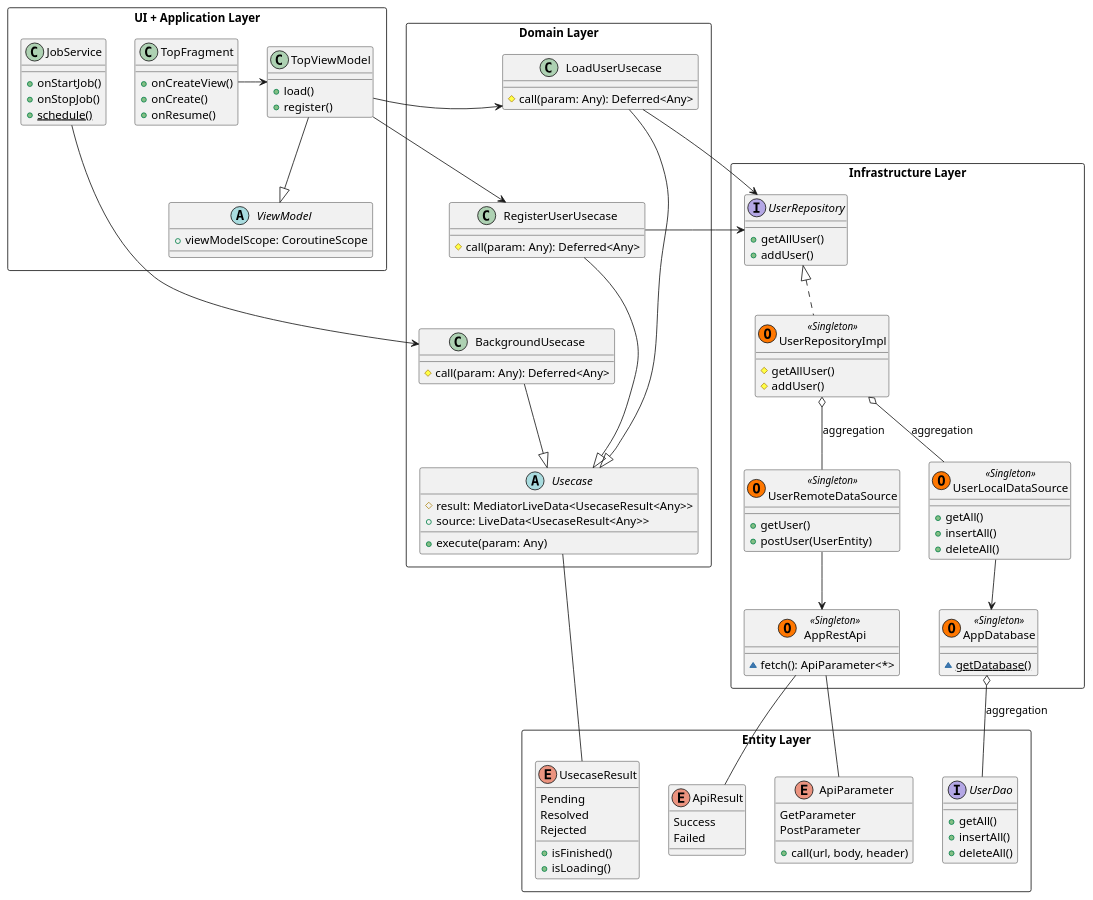
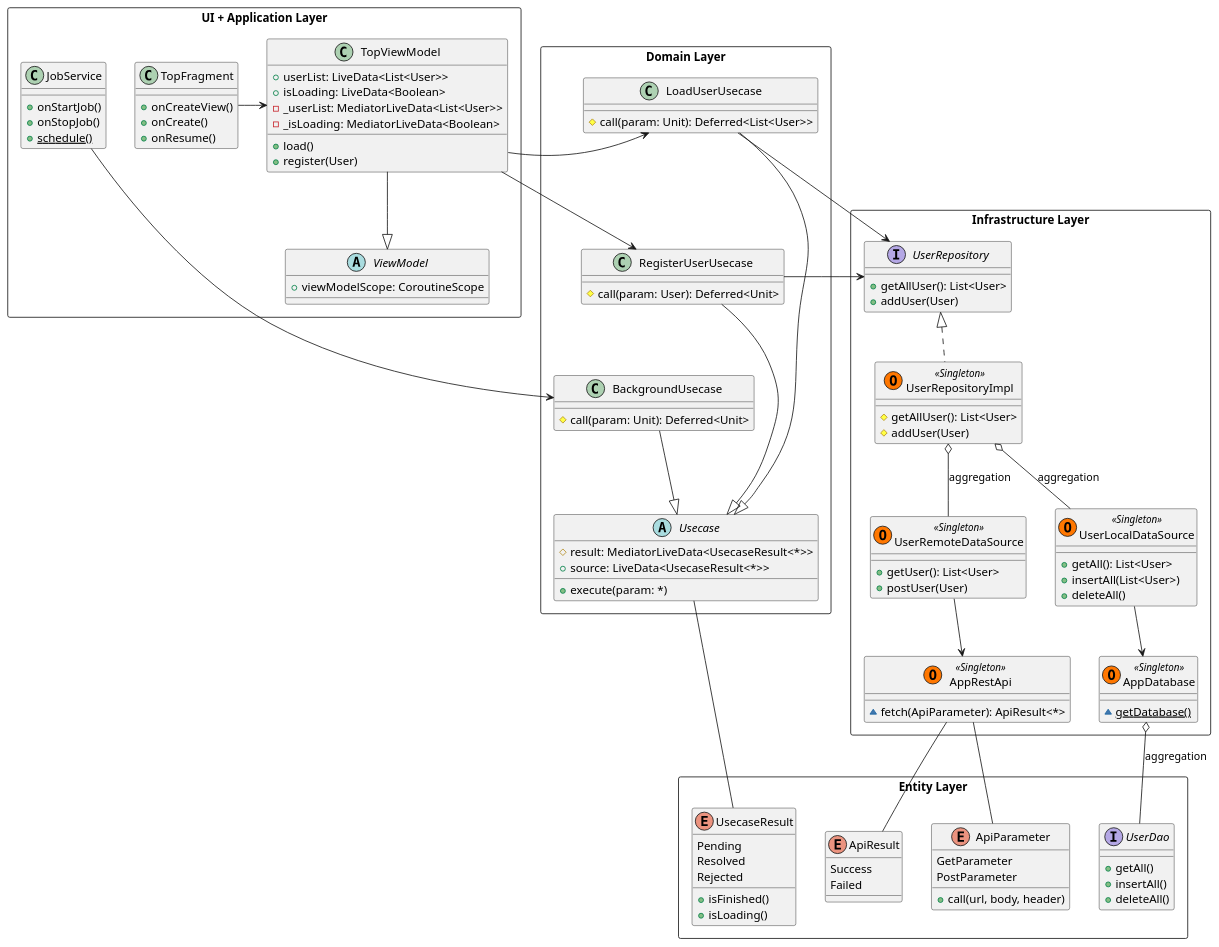
The diagram in .github/plantuml/CleanArchitecture.puml (TakenokoTech/CleanArchitectureX), drawn with PlantUML before and after one commit. The commit also changed 2 other files, not shown here.

```diff
--- a/.github/plantuml/CleanArchitecture.puml
+++ b/.github/plantuml/CleanArchitecture.puml
@@ -1,122 +1,126 @@
 @startuml
 
 package "UI + Application Layer" <<Rectangle>> {
     class TopFragment {
         + onCreateView()
         + onCreate()
         + onResume()
     }
     class JobService {
         + onStartJob()
         + onStopJob()
         + {static} schedule()
     }
     abstract ViewModel {
         + viewModelScope: CoroutineScope
     }
     class TopViewModel {
+        + userList: LiveData<List<User>>
+        + isLoading: LiveData<Boolean>
+        - _userList: MediatorLiveData<List<User>>
+        - _isLoading: MediatorLiveData<Boolean>
         + load()
-        + register()
+        + register(User)
     }
 }
 
 package "Domain Layer" <<Rectangle>> {
     abstract Usecase {
-        # result: MediatorLiveData<UsecaseResult<Any>>
-        + source: LiveData<UsecaseResult<Any>>
-        + execute(param: Any)
+        # result: MediatorLiveData<UsecaseResult<*>>
+        + source: LiveData<UsecaseResult<*>>
+        + execute(param: *)
     }
     class LoadUserUsecase {
-        # call(param: Any): Deferred<Any>
+        # call(param: Unit): Deferred<List<User>>
     }
     class RegisterUserUsecase {
-        # call(param: Any): Deferred<Any>
+        # call(param: User): Deferred<Unit>
     }
     class BackgroundUsecase {
-        # call(param: Any): Deferred<Any>
+        # call(param: Unit): Deferred<Unit>
     }
 }
 
 package "Infrastructure Layer" <<Rectangle>> {
     interface UserRepository {
-        + getAllUser()
-        + addUser()
+        + getAllUser(): List<User>
+        + addUser(User)
     }
     class UserRepositoryImpl << (O,#FF7700) Singleton >> {
-        # getAllUser()
-        # addUser()
+        # getAllUser(): List<User>
+        # addUser(User)
     }
     class UserLocalDataSource << (O,#FF7700) Singleton >> {
-        + getAll()
-        + insertAll()
+        + getAll(): List<User>
+        + insertAll(List<User>)
         + deleteAll()
     }
     class UserRemoteDataSource << (O,#FF7700) Singleton >> {
-        + getUser()
-        + postUser(UserEntity)
+        + getUser(): List<User>
+        + postUser(User)
     }
     class AppDatabase << (O,#FF7700) Singleton >> {
         ~ {static} getDatabase()
     }
     class AppRestApi << (O,#FF7700) Singleton >> {
-        ~ fetch(): ApiParameter<*>
+        ~ fetch(ApiParameter): ApiResult<*>
     }
 }
 
 package "Entity Layer" <<Rectangle>> {
     enum UsecaseResult {
         Pending
         Resolved
         Rejected
         + isFinished()
         + isLoading()
     }
     enum ApiResult {
         Success
         Failed
     }
     enum ApiParameter {
         GetParameter
         PostParameter
         + call(url, body, header)
      }
     interface UserDao {
         + getAll()
         + insertAll()
         + deleteAll()
     }
 }
 
 TopFragment -ri-> TopViewModel
 TopViewModel -do-|> ViewModel
 
 JobService -ri-> BackgroundUsecase
 TopViewModel -ri-> LoadUserUsecase
 TopViewModel -ri-> RegisterUserUsecase
 
 LoadUserUsecase ---do-|> Usecase
 RegisterUserUsecase --do-|> Usecase
 BackgroundUsecase -do-|> Usecase
 
 LoadUserUsecase -ri-> UserRepository
 RegisterUserUsecase -ri-> UserRepository
 
 Usecase -do- UsecaseResult
 UserRepository <|.. UserRepositoryImpl
 
 UserRepositoryImpl o-do- UserLocalDataSource : aggregation
 UserLocalDataSource -do-> AppDatabase
 AppDatabase o-do- UserDao : aggregation
 
 UserRepositoryImpl o-do- UserRemoteDataSource : aggregation
 UserRemoteDataSource -do-> AppRestApi
 AppRestApi -- ApiParameter
 AppRestApi -- ApiResult
 
 
 'Foo -up-> 上
 'Foo -do-> 下
 'Foo -le-> 左
 'Foo -ri-> 右
 
 @enduml
```
